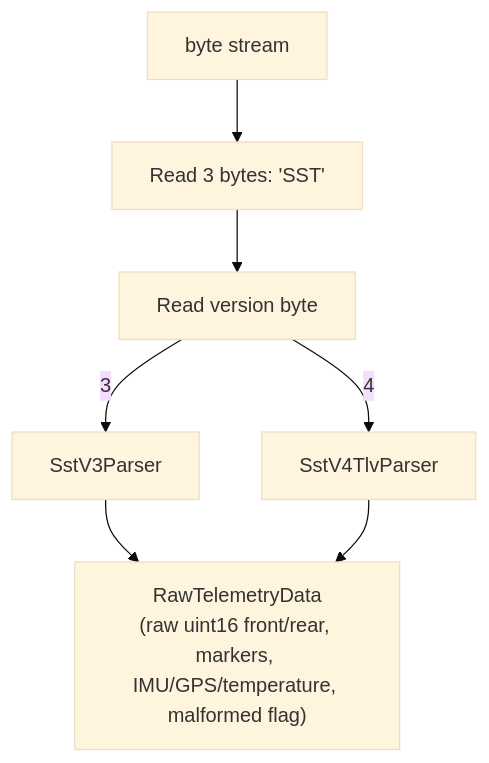
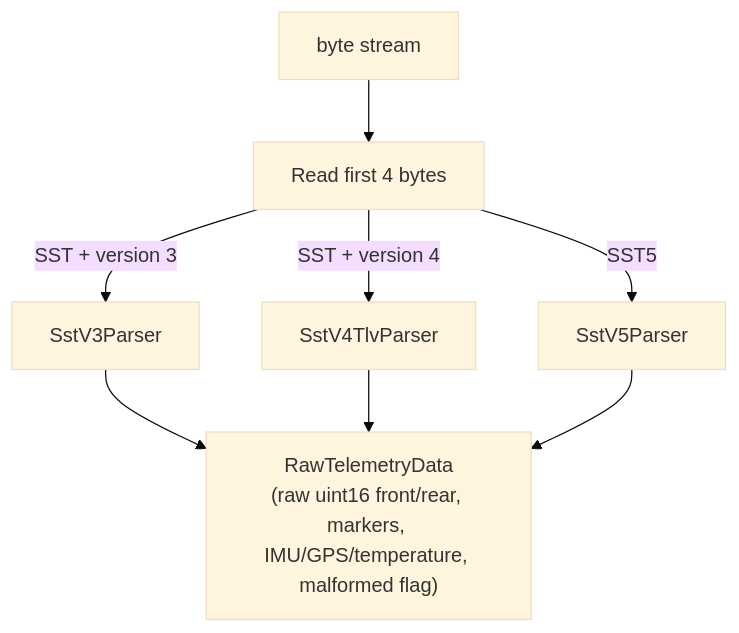
The second of 2 diagrams in docs/architecture/acquisition.md (MoridinBG/Sufni.app), drawn with Mermaid (base theme) before and after one commit. The commit also changed other lines of this file and 11 other files, not shown here.

Commit message:
Add SST v5 parser

````diff
--- a/docs/architecture/acquisition.md
+++ b/docs/architecture/acquisition.md
@@ -96,9 +96,10 @@
 ```mermaid
 graph TD
-    Stream["byte stream"] --> Magic["Read 3 bytes: 'SST'"]
-    Magic --> Version["Read version byte"]
-    Version -->|"3"| V3["SstV3Parser"]
-    Version -->|"4"| V4["SstV4TlvParser"]
+    Stream["byte stream"] --> Prefix["Read first 4 bytes"]
+    Prefix -->|"SST + version 3"| V3["SstV3Parser"]
+    Prefix -->|"SST + version 4"| V4["SstV4TlvParser"]
+    Prefix -->|"SST5"| V5["SstV5Parser"]
     V3 --> RawTD["RawTelemetryData<br/>(raw uint16 front/rear, markers, IMU/GPS/temperature, malformed flag)"]
     V4 --> RawTD
+    V5 --> RawTD
 ```
````
